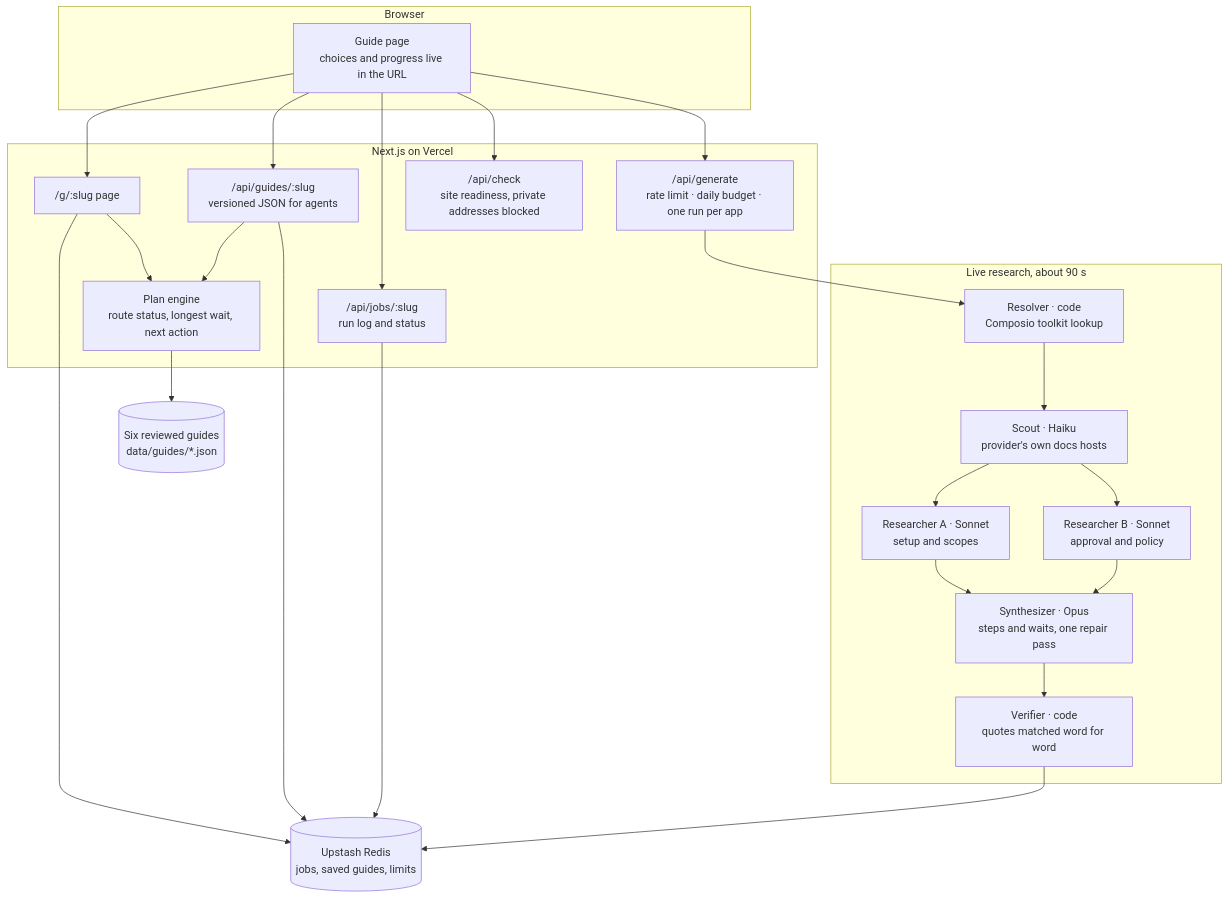
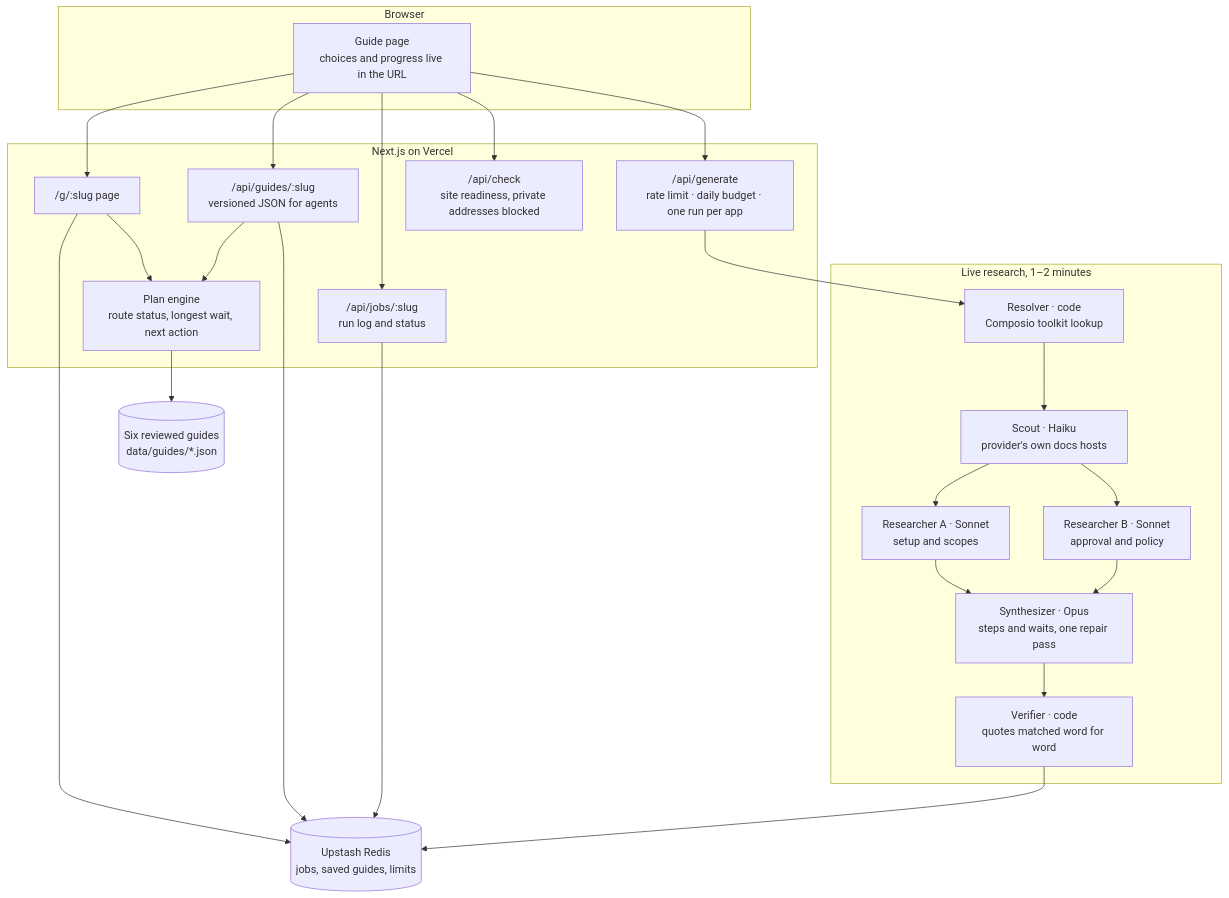
The second of 2 diagrams in README.md (nanddave/clearance-oauth), drawn with Mermaid before and after one commit. The commit also changed other lines of this file and 2 other files, not shown here.

Commit message:
docs: refreshed live research results; Calendly back on the home page

````diff
--- a/README.md
+++ b/README.md
@@ -42,29 +42,29 @@
 ```mermaid
 flowchart TB
   subgraph Browser
     UI["Guide page<br/>choices and progress live in the URL"]
   end
   subgraph App["Next.js on Vercel"]
     G["/g/:slug page"]
     J["/api/guides/:slug<br/>versioned JSON for agents"]
     GEN["/api/generate<br/>rate limit · daily budget · one run per app"]
     POLL["/api/jobs/:slug<br/>run log and status"]
     CHK["/api/check<br/>site readiness, private addresses blocked"]
     ENG["Plan engine<br/>route status, longest wait, next action"]
   end
-  subgraph Research["Live research, about 90 s"]
+  subgraph Research["Live research, 1–2 minutes"]
     R["Resolver · code<br/>Composio toolkit lookup"]
     S["Scout · Haiku<br/>provider's own docs hosts"]
     RA["Researcher A · Sonnet<br/>setup and scopes"]
     RB["Researcher B · Sonnet<br/>approval and policy"]
     SY["Synthesizer · Opus<br/>steps and waits, one repair pass"]
     V["Verifier · code<br/>quotes matched word for word"]
   end
   DATA[("Six reviewed guides<br/>data/guides/*.json")]
   KV[("Upstash Redis<br/>jobs, saved guides, limits")]
   UI --> G & J & GEN & POLL & CHK
   G & J --> ENG
   ENG --> DATA
   G & J & POLL --> KV
   GEN --> R --> S --> RA & RB --> SY --> V --> KV
 ```
````
